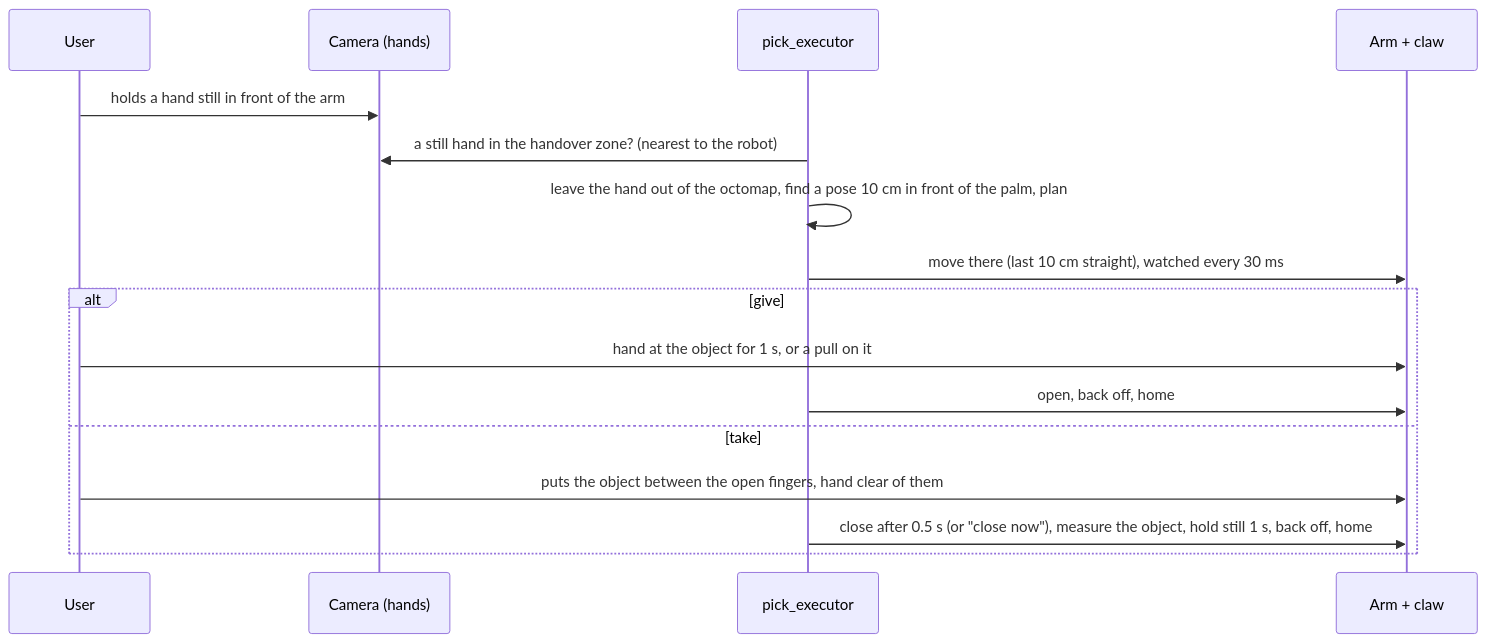
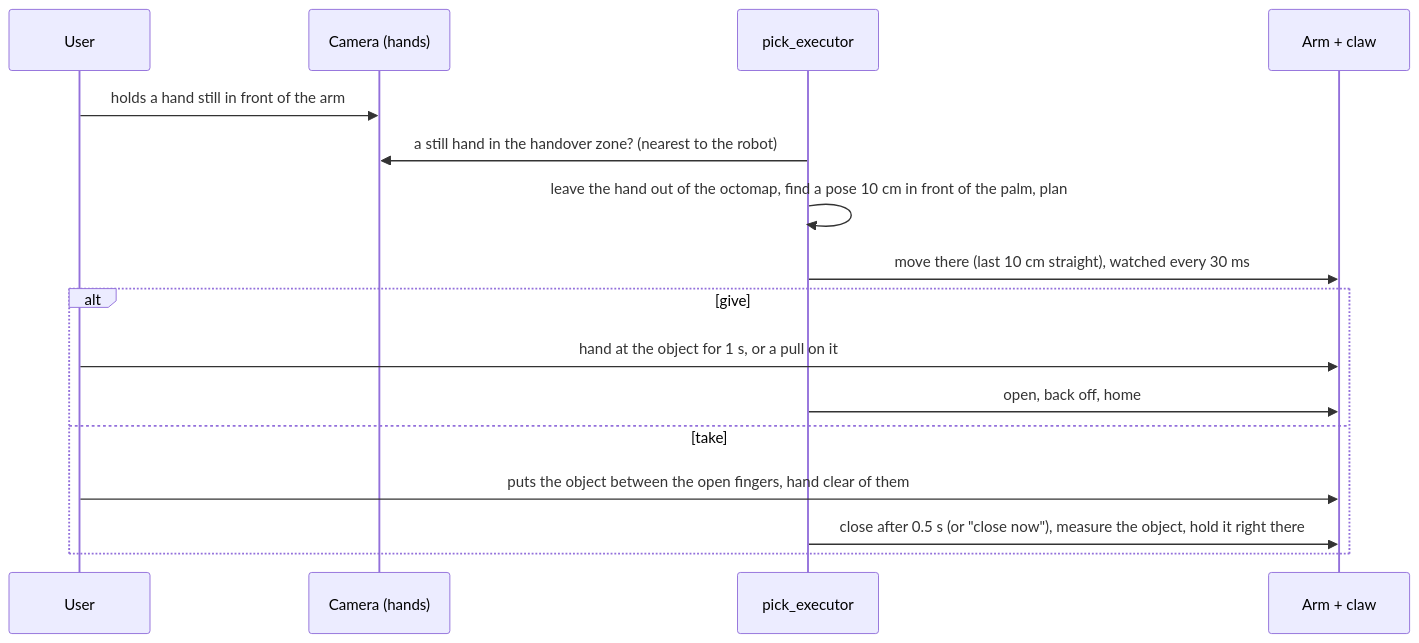
The fifth of 5 diagrams in docs/pages/06-pick-execution.md (whoobee/qb_arm_install), drawn with Mermaid before and after one commit. The commit also changed other lines of this file and 2 other files, not shown here.

Commit message:
docs: hold this keeps the object in place; measured once the hand has left

````diff
--- a/docs/pages/06-pick-execution.md
+++ b/docs/pages/06-pick-execution.md
@@ -386,18 +386,18 @@
 ```mermaid
 sequenceDiagram
     participant U as User
     participant C as Camera (hands)
     participant E as pick_executor
     participant A as Arm + claw
     U->>C: holds a hand still in front of the arm
     E->>C: a still hand in the handover zone? (nearest to the robot)
     E->>E: leave the hand out of the octomap, find a pose 10 cm in front of the palm, plan
     E->>A: move there (last 10 cm straight), watched every 30 ms
     alt give
         U->>A: hand at the object for 1 s, or a pull on it
         E->>A: open, back off, home
     else take
         U->>A: puts the object between the open fingers, hand clear of them
-        E->>A: close after 0.5 s (or "close now"), measure the object, hold still 1 s, back off, home
+        E->>A: close after 0.5 s (or "close now"), measure the object, hold it right there
     end
 ```
````
